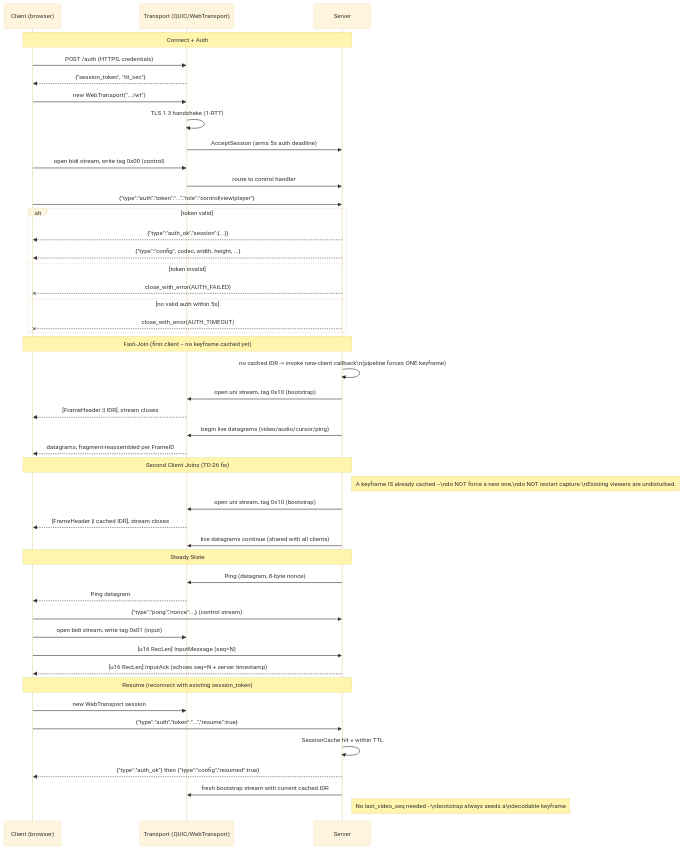
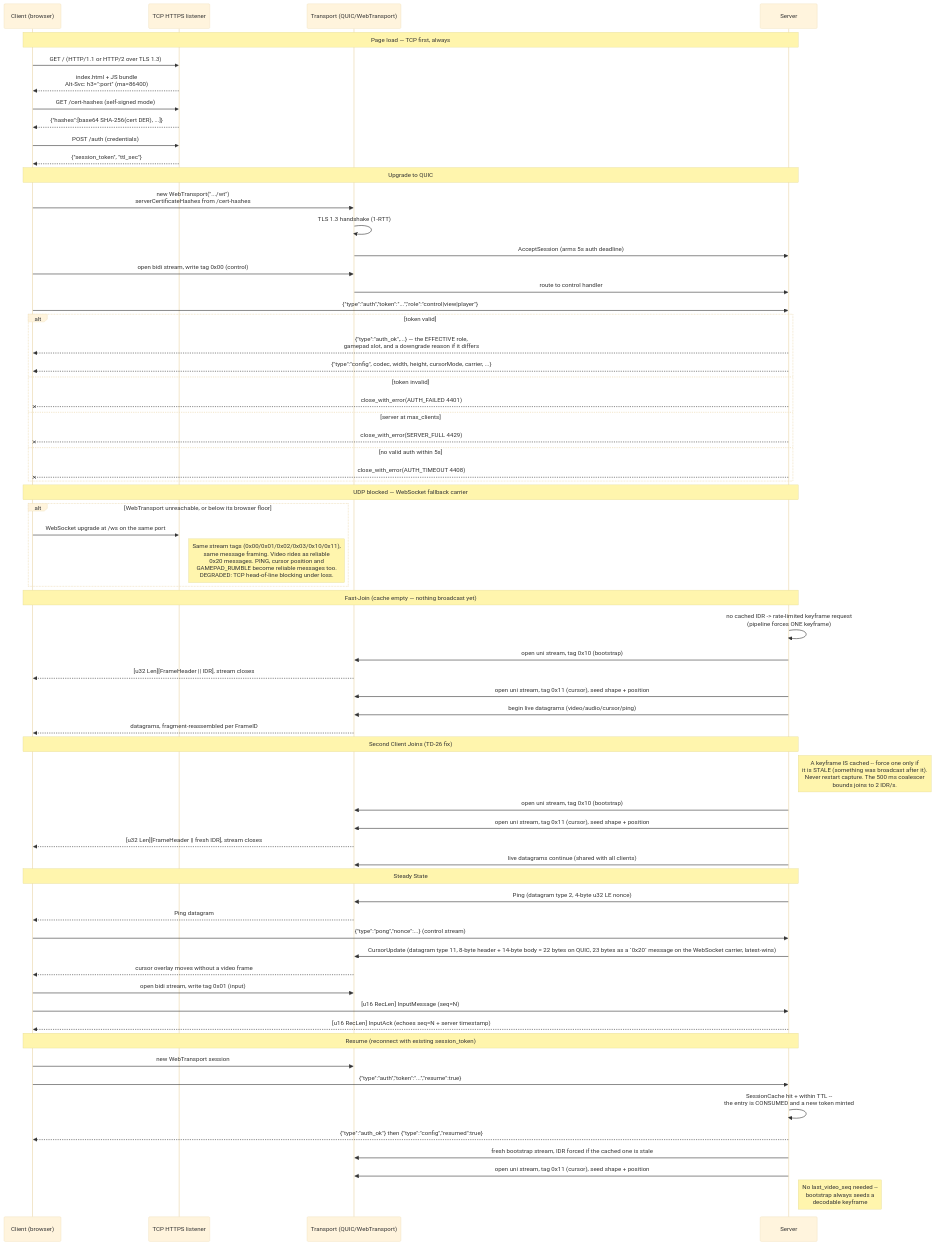
One commit to asymysh/featherdesk changed the diagram in PROJECT_ARTIFACTS/network-flow/NETWORK_FLOW.md. Above: the diagram before and after it, drawn with Mermaid (base theme). The commit also changed other lines of this file and 79 other files, not shown here.

````diff
--- a/PROJECT_ARTIFACTS/network-flow/NETWORK_FLOW.md
+++ b/PROJECT_ARTIFACTS/network-flow/NETWORK_FLOW.md
@@ -10,54 +14,73 @@
 ```mermaid
 sequenceDiagram
     participant C as Client (browser)
+    participant H as TCP HTTPS listener
     participant T as Transport (QUIC/WebTransport)
     participant S as Server
 
-    Note over C,S: Connect + Auth
-    C->>T: POST /auth (HTTPS, credentials)
-    T-->>C: {"session_token", "ttl_sec"}
-    C->>T: new WebTransport(".../wt")
+    Note over C,S: Page load — TCP first, always
+    C->>H: GET / (HTTP/1.1 or HTTP/2 over TLS 1.3)
+    H-->>C: index.html + JS bundle<br/>Alt-Svc: h3=":port" (ma=86400)
+    C->>H: GET /cert-hashes (self-signed mode)
+    H-->>C: {"hashes":[base64 SHA-256(cert DER), ...]}
+    C->>H: POST /auth (credentials)
+    H-->>C: {"session_token", "ttl_sec"}
+
+    Note over C,S: Upgrade to QUIC
+    C->>T: new WebTransport(".../wt")<br/>serverCertificateHashes from /cert-hashes
     T->>T: TLS 1.3 handshake (1-RTT)
     T->>S: AcceptSession (arms 5s auth deadline)
     C->>T: open bidi stream, write tag 0x00 (control)
     T->>S: route to control handler
     C->>S: {"type":"auth","token":"...","role":"control|view|player"}
     alt token valid
-        S-->>C: {"type":"auth_ok","session":{...}}
-        S-->>C: {"type":"config", codec, width, height, ...}
+        S-->>C: {"type":"auth_ok",...} — the EFFECTIVE role,<br/>gamepad slot, and a downgrade reason if it differs
+        S-->>C: {"type":"config", codec, width, height, cursorMode, carrier, ...}
     else token invalid
-        S--xC: close_with_error(AUTH_FAILED)
+        S--xC: close_with_error(AUTH_FAILED 4401)
+    else server at max_clients
+        S--xC: close_with_error(SERVER_FULL 4429)
     else no valid auth within 5s
-        S--xC: close_with_error(AUTH_TIMEOUT)
+        S--xC: close_with_error(AUTH_TIMEOUT 4408)
     end
 
-    Note over C,S: Fast-Join (first client -- no keyframe cached yet)
-    S->>S: no cached IDR -> invoke new-client callback\n(pipeline forces ONE keyframe)
+    Note over C,S: UDP blocked — WebSocket fallback carrier
+    alt WebTransport unreachable, or below its browser floor
+        C->>H: WebSocket upgrade at /ws on the same port
+        Note right of H: Same stream tags (0x00/0x01/0x02/0x03/0x10/0x11),<br/>same message framing. Video rides as reliable<br/>0x20 messages. PING, cursor position and<br/>GAMEPAD_RUMBLE become reliable messages too.<br/>DEGRADED: TCP head-of-line blocking under loss.
+    end
+
+    Note over C,S: Fast-Join (cache empty — nothing broadcast yet)
+    S->>S: no cached IDR -> rate-limited keyframe request<br/>(pipeline forces ONE keyframe)
     S->>T: open uni stream, tag 0x10 (bootstrap)
-    T-->>C: [FrameHeader || IDR], stream closes
+    T-->>C: [u32 Len][FrameHeader || IDR], stream closes
+    S->>T: open uni stream, tag 0x11 (cursor), seed shape + position
     S->>T: begin live datagrams (video/audio/cursor/ping)
     T-->>C: datagrams, fragment-reassembled per FrameID
 
     Note over C,S: Second Client Joins (TD-26 fix)
-    Note right of S: A keyframe IS already cached --\ndo NOT force a new one,\ndo NOT restart capture.\nExisting viewers are undisturbed.
+    Note right of S: A keyframe IS cached -- force one only if<br/>it is STALE (something was broadcast after it).<br/>Never restart capture. The 500 ms coalescer<br/>bounds joins to 2 IDR/s.
     S->>T: open uni stream, tag 0x10 (bootstrap)
-    T-->>C: [FrameHeader || cached IDR], stream closes
+    S->>T: open uni stream, tag 0x11 (cursor), seed shape + position
+    T-->>C: [u32 Len][FrameHeader || fresh IDR], stream closes
     S->>T: live datagrams continue (shared with all clients)
 
     Note over C,S: Steady State
-    S->>T: Ping (datagram, 8-byte nonce)
+    S->>T: Ping (datagram type 2, 4-byte u32 LE nonce)
     T-->>C: Ping datagram
     C->>S: {"type":"pong","nonce":...} (control stream)
-
+    S->>T: CursorUpdate (datagram type 11, 8-byte header + 14-byte body = 22 bytes on QUIC, 23 bytes as a `0x20` message on the WebSocket carrier, latest-wins)
+    T-->>C: cursor overlay moves without a video frame
     C->>T: open bidi stream, write tag 0x01 (input)
     C->>S: [u16 RecLen] InputMessage (seq=N)
     S-->>C: [u16 RecLen] InputAck (echoes seq=N + server timestamp)
 
     Note over C,S: Resume (reconnect with existing session_token)
     C->>T: new WebTransport session
     C->>S: {"type":"auth","token":"...","resume":true}
-    S->>S: SessionCache hit + within TTL
+    S->>S: SessionCache hit + within TTL --<br/>the entry is CONSUMED and a new token minted
     S-->>C: {"type":"auth_ok"} then {"type":"config","resumed":true}
-    S->>T: fresh bootstrap stream with current cached IDR
-    Note right of S: No last_video_seq needed --\nbootstrap always seeds a\ndecodable keyframe
+    S->>T: fresh bootstrap stream, IDR forced if the cached one is stale
+    S->>T: open uni stream, tag 0x11 (cursor), seed shape + position
+    Note right of S: No last_video_seq needed --<br/>bootstrap always seeds a<br/>decodable keyframe
 ```
````
